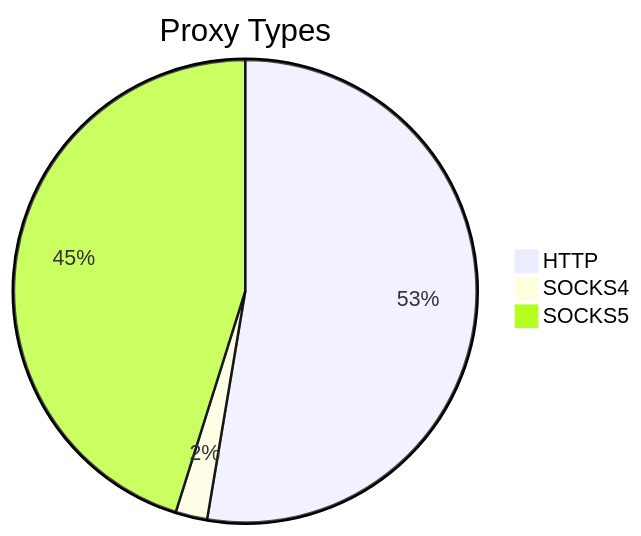
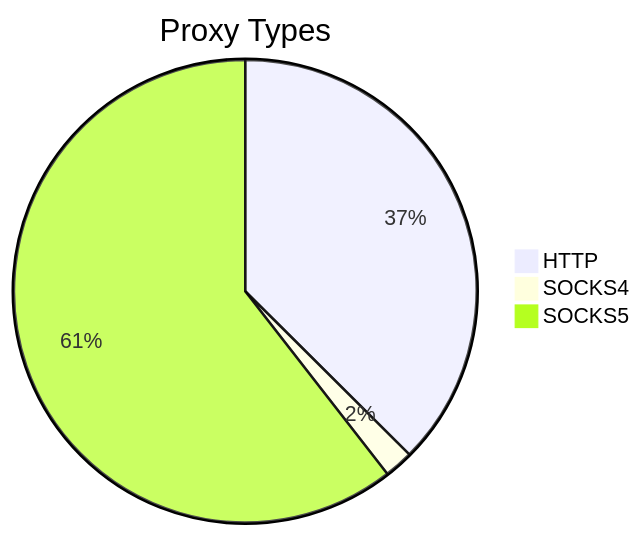
The first of 2 diagrams in README.md (stormsia/proxy-list), drawn with Mermaid before and after one commit. The commit also changed other lines of this file, not shown here.

````diff
--- a/README.md
+++ b/README.md
@@ -21,6 +21,6 @@
 ```mermaid
 pie title Proxy Types
-    "HTTP" : 499
-    "SOCKS4" : 21
-    "SOCKS5" : 428
+    "HTTP" : 648
+    "SOCKS4" : 35
+    "SOCKS5" : 1047
 ```
````
